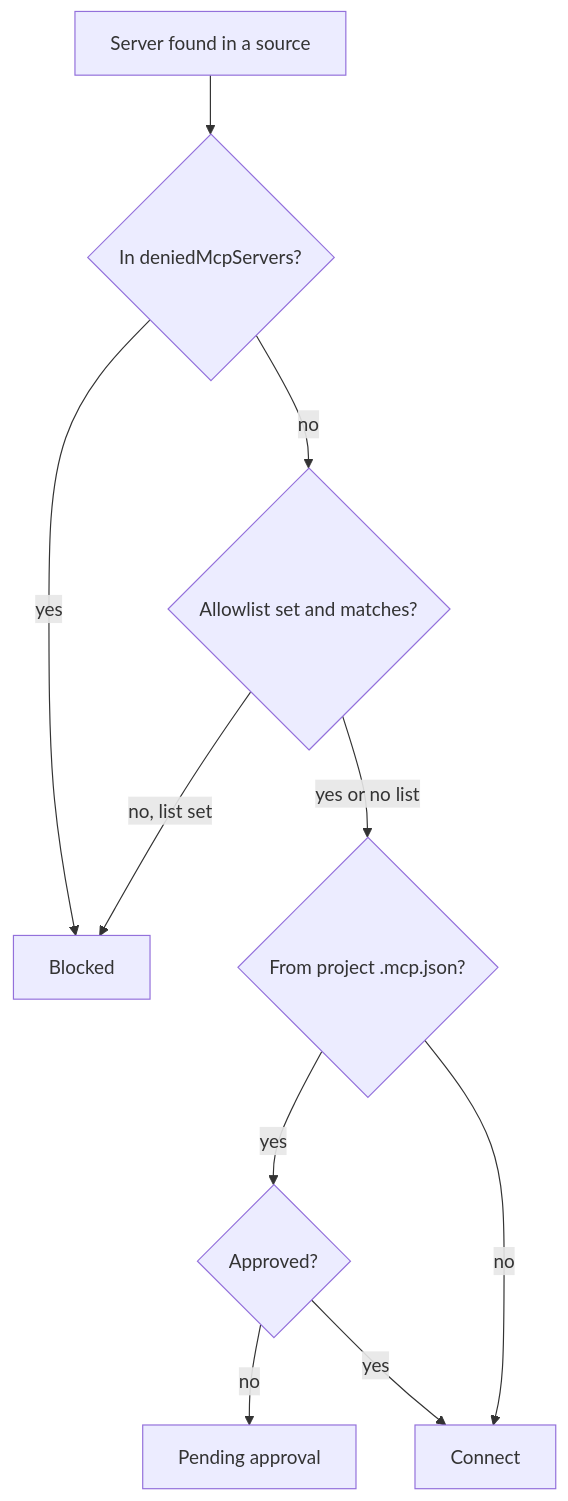
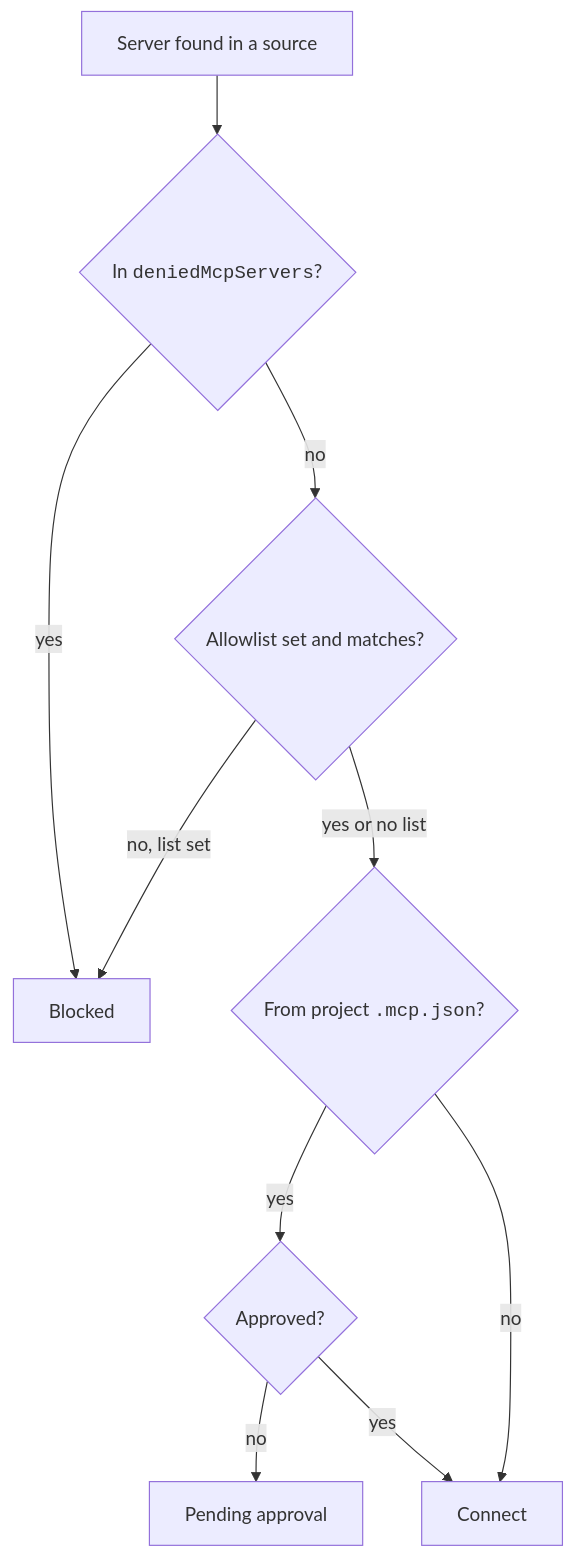
The diagram in docs/extend/mcp/settings.md (xsyetopz/claude-code-docs), drawn with Mermaid before and after one commit. The commit also changed other lines of this file and 164 other files, not shown here.

First line of the commit message:
docs: linked citations, yes/no markers, file trees, code in diagrams

````diff
--- a/docs/extend/mcp/settings.md
+++ b/docs/extend/mcp/settings.md
@@ -91,12 +91,12 @@
 ```mermaid
 flowchart TD
-  A[Server found in a source] --> B{In deniedMcpServers?}
+  A[Server found in a source] --> B{"In <code>deniedMcpServers</code>?"}
   B -->|yes| X[Blocked]
   B -->|no| C{Allowlist set and matches?}
   C -->|no, list set| X
-  C -->|yes or no list| D{From project .mcp.json?}
+  C -->|yes or no list| D{"From project <code>.mcp.json</code>?"}
   D -->|yes| E{Approved?}
   E -->|no| P[Pending approval]
   E -->|yes| G[Connect]
   D -->|no| G
 ```
````
